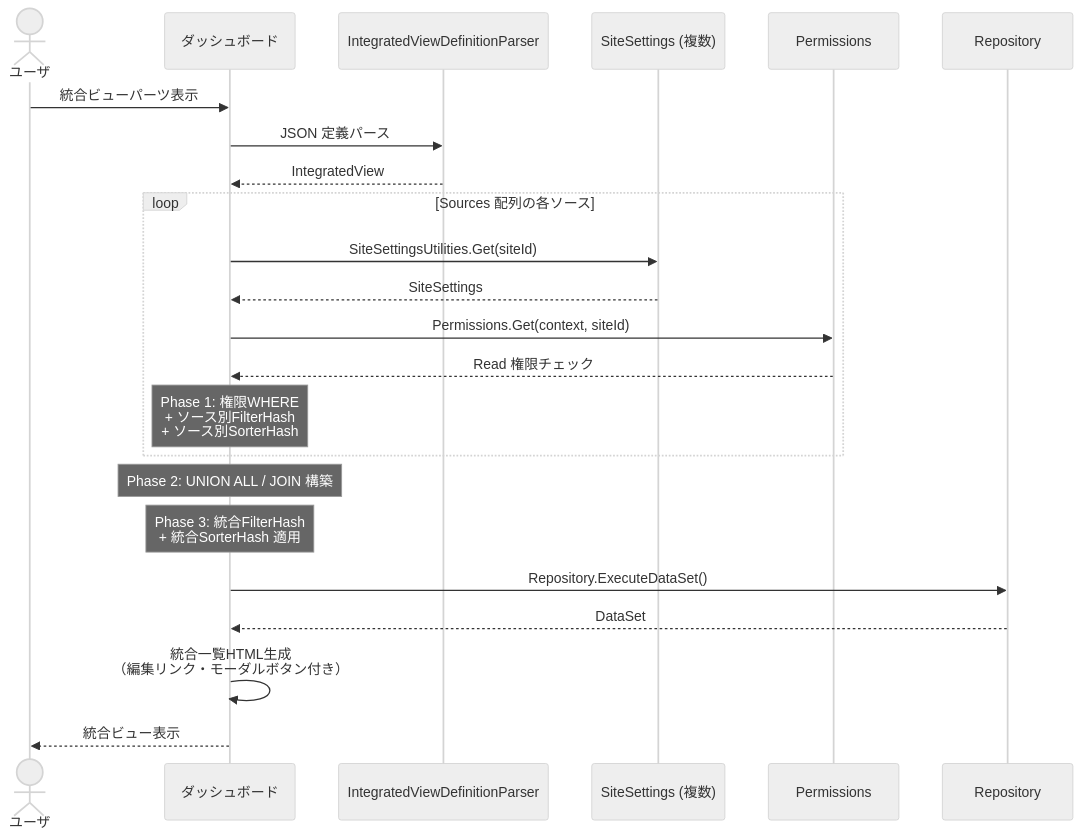
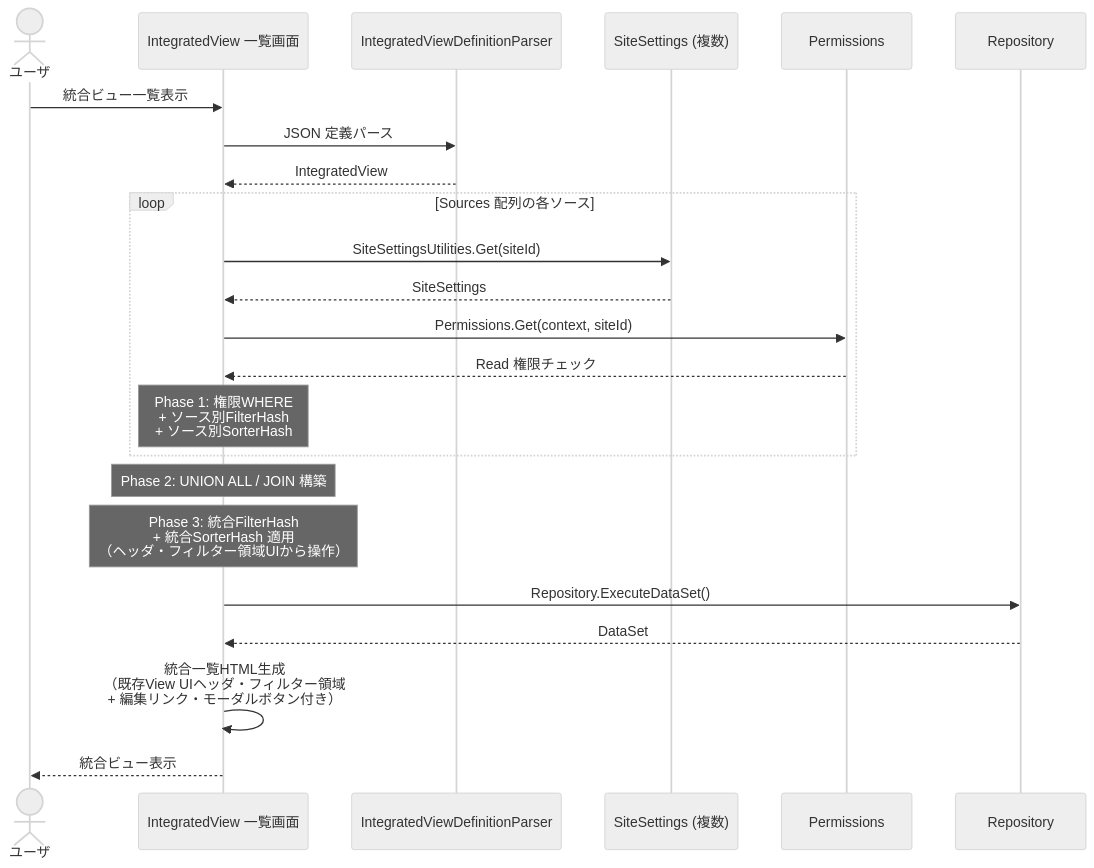
One commit to vehiclevisionjp/VehicleVision.Pleasanter.ResearchDocuments changed the tenth of 10 diagrams in docs/research/06-一覧・ビュー/007-複数テーブル統合ビュー.md. Above: the diagram before and after it, drawn with Mermaid (neutral theme). The commit also changed other lines of this file, not shown here.

````diff
--- a/docs/research/06-一覧・ビュー/007-複数テーブル統合ビュー.md
+++ b/docs/research/06-一覧・ビュー/007-複数テーブル統合ビュー.md
@@ -1279,29 +1244,29 @@
 ```mermaid
 sequenceDiagram
     actor User as ユーザ
-    participant Dashboard as ダッシュボード
+    participant IV as IntegratedView 一覧画面
     participant Parser as IntegratedViewDefinitionParser
     participant SS as SiteSettings (複数)
     participant Perm as Permissions
     participant DB as Repository
 
-    User->>Dashboard: 統合ビューパーツ表示
-    Dashboard->>Parser: JSON 定義パース
-    Parser-->>Dashboard: IntegratedView
+    User->>IV: 統合ビュー一覧表示
+    IV->>Parser: JSON 定義パース
+    Parser-->>IV: IntegratedView
 
     loop Sources 配列の各ソース
-        Dashboard->>SS: SiteSettingsUtilities.Get(siteId)
-        SS-->>Dashboard: SiteSettings
-        Dashboard->>Perm: Permissions.Get(context, siteId)
-        Perm-->>Dashboard: Read 権限チェック
-        Note over Dashboard: Phase 1: 権限WHERE<br/>+ ソース別FilterHash<br/>+ ソース別SorterHash
+        IV->>SS: SiteSettingsUtilities.Get(siteId)
+        SS-->>IV: SiteSettings
+        IV->>Perm: Permissions.Get(context, siteId)
+        Perm-->>IV: Read 権限チェック
+        Note over IV: Phase 1: 権限WHERE<br/>+ ソース別FilterHash<br/>+ ソース別SorterHash
     end
 
-    Note over Dashboard: Phase 2: UNION ALL / JOIN 構築
-    Note over Dashboard: Phase 3: 統合FilterHash<br/>+ 統合SorterHash 適用
-    Dashboard->>DB: Repository.ExecuteDataSet()
-    DB-->>Dashboard: DataSet
+    Note over IV: Phase 2: UNION ALL / JOIN 構築
+    Note over IV: Phase 3: 統合FilterHash<br/>+ 統合SorterHash 適用<br/>（ヘッダ・フィルター領域UIから操作）
+    IV->>DB: Repository.ExecuteDataSet()
+    DB-->>IV: DataSet
 
-    Dashboard->>Dashboard: 統合一覧HTML生成<br/>（編集リンク・モーダルボタン付き）
-    Dashboard-->>User: 統合ビュー表示
+    IV->>IV: 統合一覧HTML生成<br/>（既存View UIヘッダ・フィルター領域<br/>+ 編集リンク・モーダルボタン付き）
+    IV-->>User: 統合ビュー表示
 ```
````
